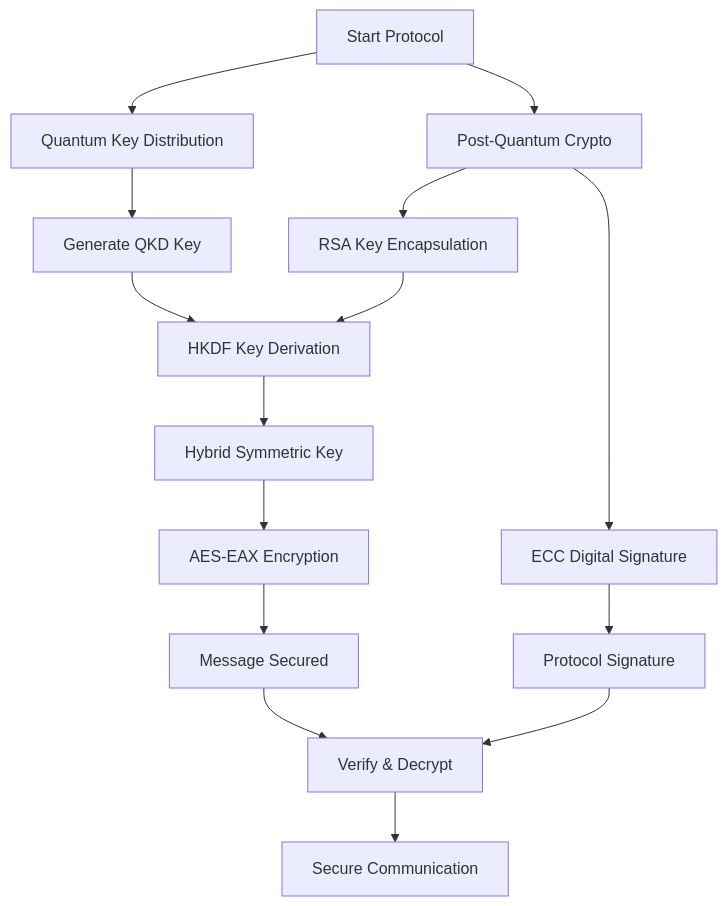
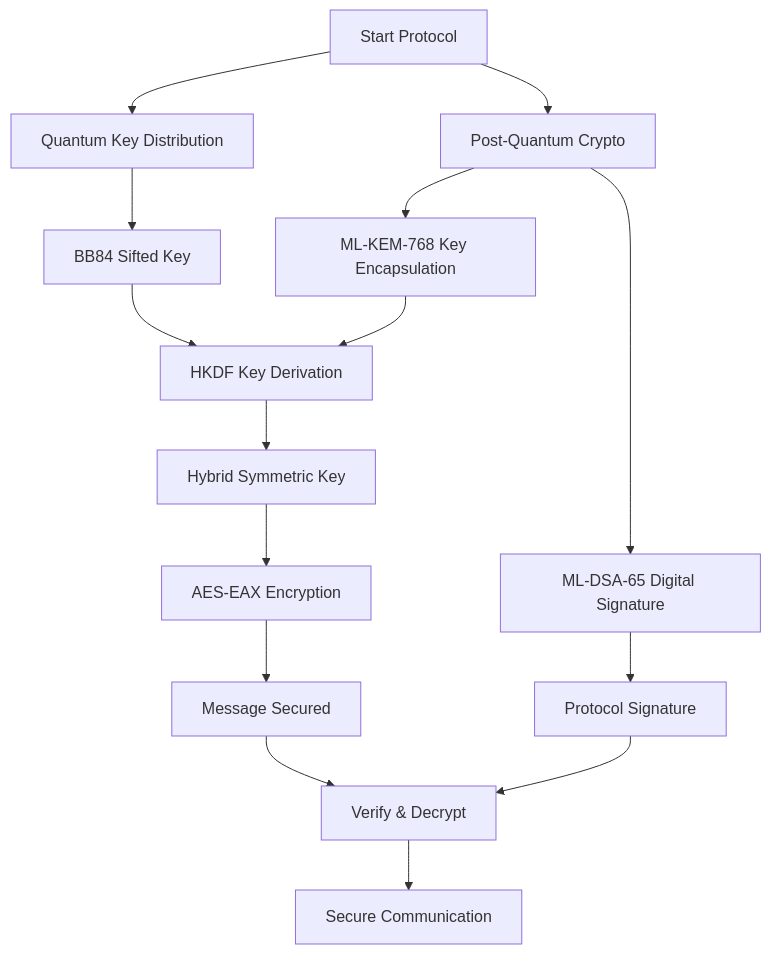
The diagram in README.md (juangedaan/hybrid-security-qkd-pqc), drawn with Mermaid before and after one commit. The commit also changed other lines of this file and 2 other files, not shown here.

Commit message:
Use real PQC: ML-KEM-768 (Kyber) + ML-DSA-65 (Dilithium)
- Replace RSA-KEM/OAEP with ML-KEM-768 via pure-Python kyber-py
- Replace ECC/ECDSA signature with ML-DSA-65 via dilithium-py
- Two-party flow: Alice encapsulates against Bob's public key, both
  derive and assert the same hybrid key from QKD + KEM secrets
- Update README crypto claims and mermaid diagram; sync requirements.txt

````diff
--- a/README.md
+++ b/README.md
@@ -5,23 +5,23 @@
 ```mermaid
 flowchart TD
     Start[Start Protocol] --> QKD[Quantum Key Distribution]
     Start --> PQC[Post-Quantum Crypto]
 
-    QKD --> GenerateQKD[Generate QKD Key]
-    PQC --> RSA_KEM[RSA Key Encapsulation]
-    PQC --> ECC_Sign[ECC Digital Signature]
+    QKD --> GenerateQKD[BB84 Sifted Key]
+    PQC --> ML_KEM[ML-KEM-768 Key Encapsulation]
+    PQC --> ML_DSA_Sign[ML-DSA-65 Digital Signature]
 
     GenerateQKD --> CombineKeys[HKDF Key Derivation]
-    RSA_KEM --> CombineKeys
+    ML_KEM --> CombineKeys
 
     CombineKeys --> HybridKey[Hybrid Symmetric Key]
     HybridKey --> AESEncrypt[AES-EAX Encryption]
 
     AESEncrypt --> MessageEncrypted[Message Secured]
-    ECC_Sign --> Signature[Protocol Signature]
+    ML_DSA_Sign --> Signature[Protocol Signature]
 
     MessageEncrypted --> Verify[Verify & Decrypt]
     Signature --> Verify
 
     Verify --> End[Secure Communication]
 ```
````
